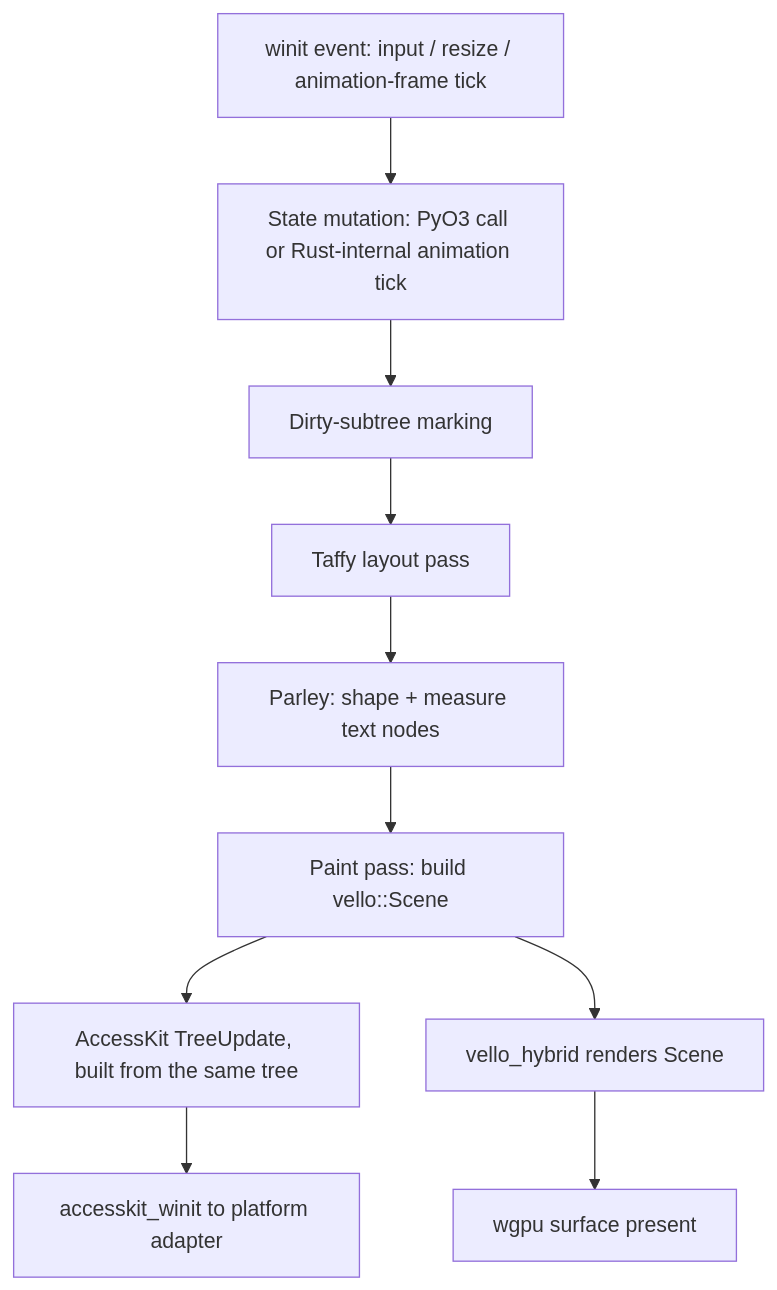
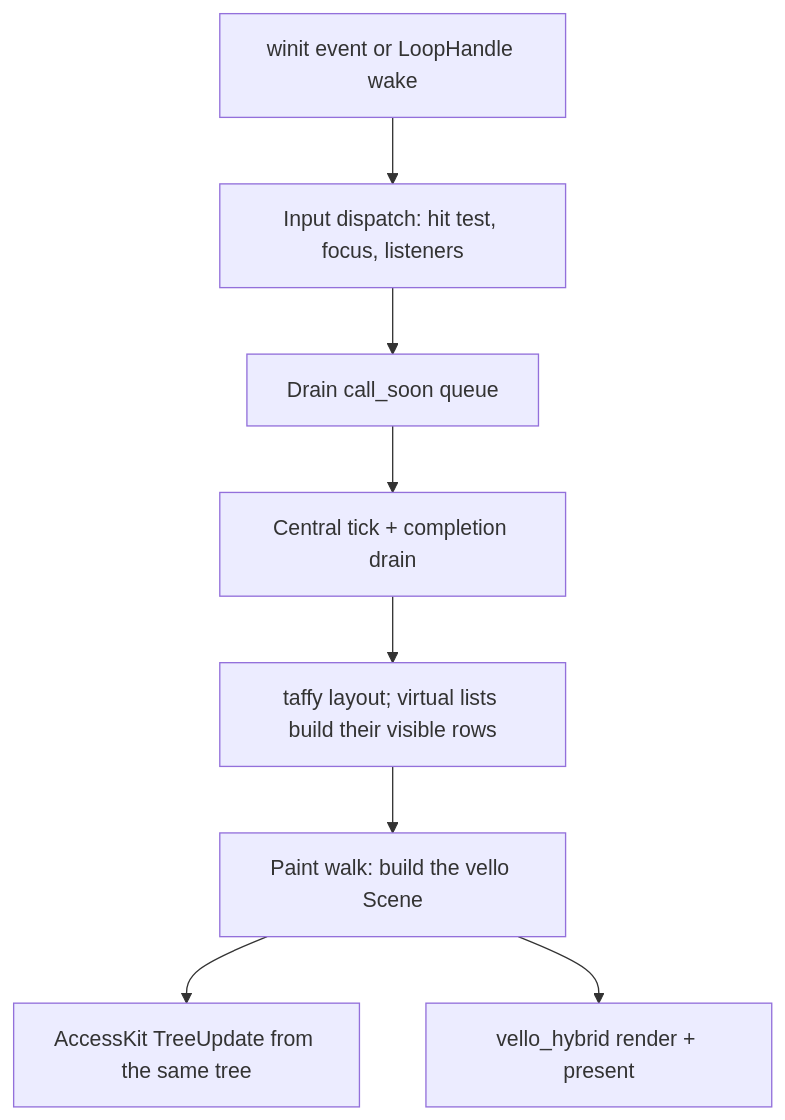
One commit to mindderivative/tre changed the second of 2 diagrams in ARCHITECTURE.md. Above: the diagram before and after it, drawn with Mermaid. The commit also changed other lines of this file and 45 other files, not shown here.

First line of the commit message:
M102 Phase 1 Step 2: rewrite ARCHITECTURE.md and README for the building-block engine

````diff
--- a/ARCHITECTURE.md
+++ b/ARCHITECTURE.md
@@ -278,12 +185,10 @@
 ```mermaid
 flowchart TD
-    EV[winit event: input / resize / animation-frame tick] --> APP[State mutation: PyO3 call or Rust-internal animation tick]
-    APP --> TREE[Dirty-subtree marking]
-    TREE --> LAYOUT[Taffy layout pass]
-    LAYOUT --> TEXT[Parley: shape + measure text nodes]
-    TEXT --> PAINT[Paint pass: build vello::Scene]
-    PAINT --> A11Y[AccessKit TreeUpdate, built from the same tree]
-    A11Y --> ADAPTER[accesskit_winit to platform adapter]
-    PAINT --> RENDER[vello_hybrid renders Scene]
-    RENDER --> PRESENT[wgpu surface present]
+    EV[winit event or LoopHandle wake] --> IN[Input dispatch: hit test, focus, listeners]
+    IN --> Q[Drain call_soon queue]
+    Q --> TICK[Central tick + completion drain]
+    TICK --> LAYOUT[taffy layout; virtual lists build their visible rows]
+    LAYOUT --> PAINT[Paint walk: build the vello Scene]
+    PAINT --> A11Y[AccessKit TreeUpdate from the same tree]
+    PAINT --> RENDER[vello_hybrid render + present]
 ```
````
